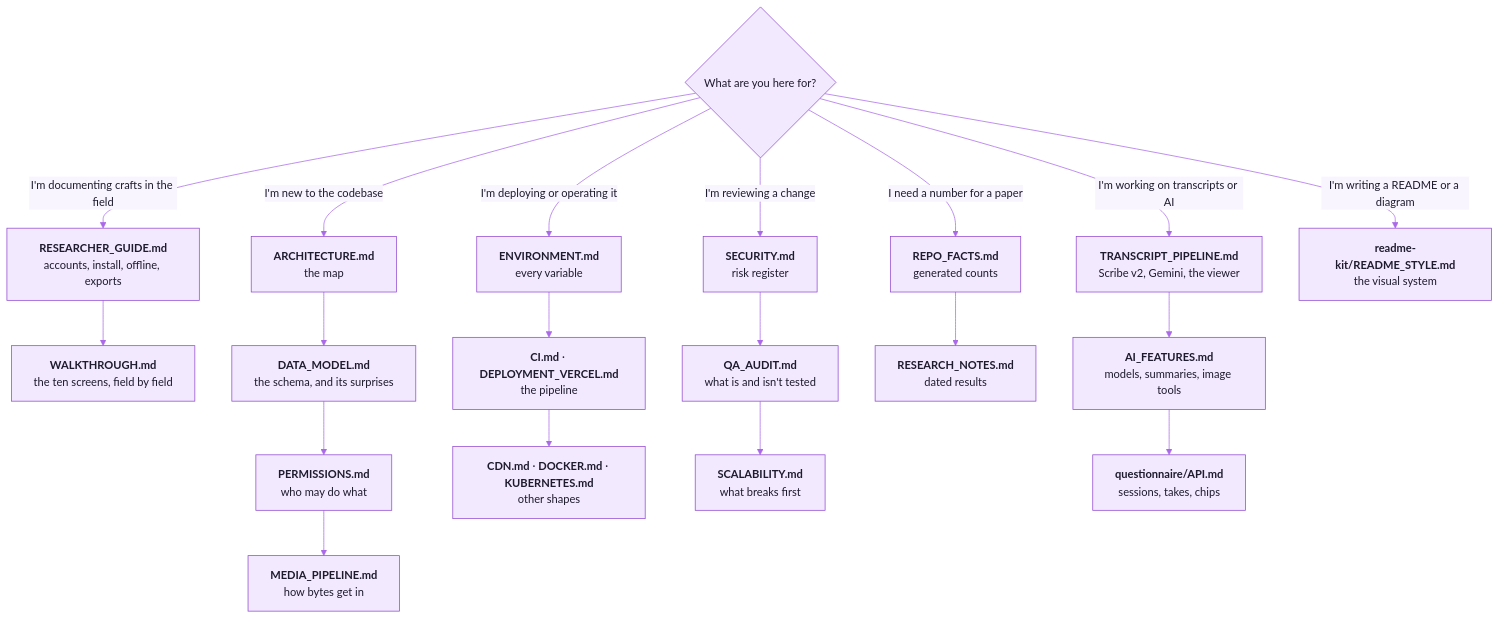
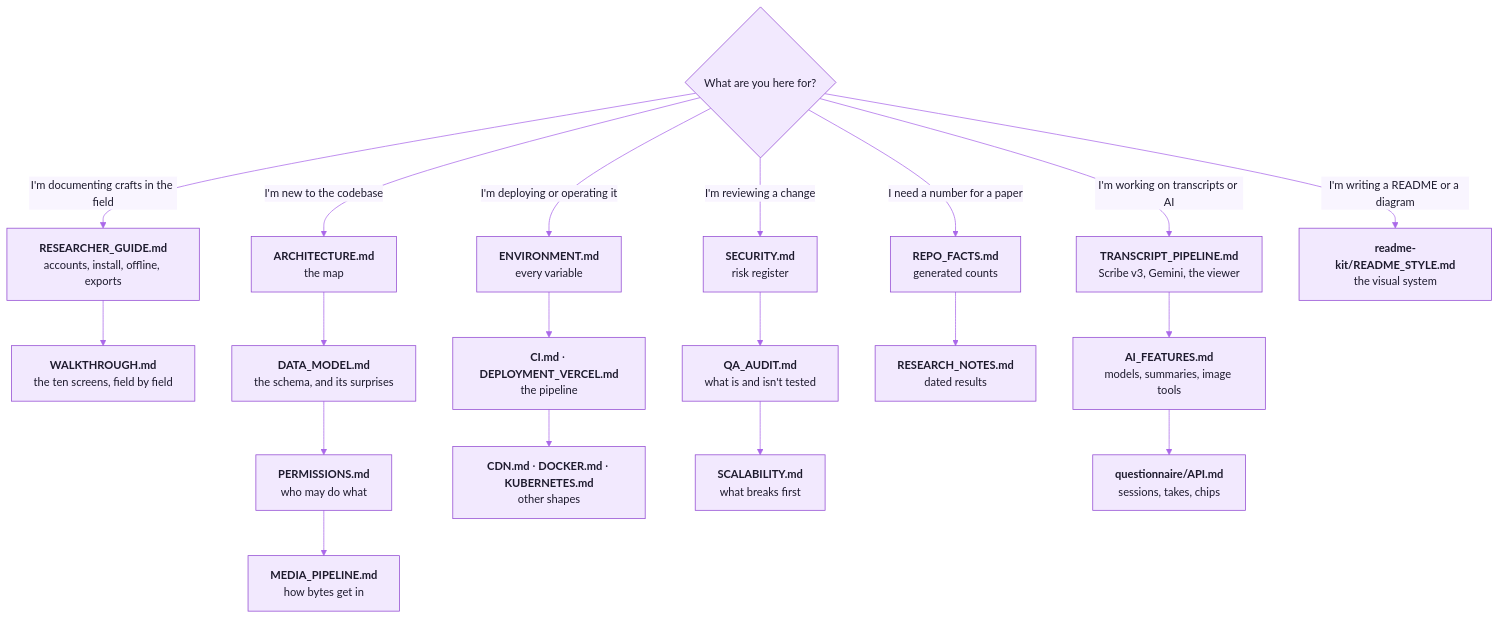
The diagram in docs/README.md (cxacraftecosystem-ui/documentation-portal), drawn with Mermaid before and after one commit. The commit also changed other lines of this file and 52 other files, not shown here.

````diff
--- a/docs/README.md
+++ b/docs/README.md
@@ -11,32 +11,32 @@
 ```mermaid
 %%{init: {"theme":"base","fontFamily":"Inter, ui-sans-serif, system-ui, -apple-system, Segoe UI, Roboto, Helvetica, Arial, sans-serif","themeVariables":{"fontSize":"15px","primaryColor":"#F2E9FE","primaryTextColor":"#1E1B2E","primaryBorderColor":"#9148D2","secondaryColor":"#FAEECD","secondaryTextColor":"#1E1B2E","secondaryBorderColor":"#CD9200","tertiaryColor":"#F3F1FA","tertiaryTextColor":"#1E1B2E","tertiaryBorderColor":"#A7A3BC","mainBkg":"#F2E9FE","nodeBorder":"#9148D2","nodeTextColor":"#1E1B2E","lineColor":"#AA69E9","textColor":"#857F9E","edgeLabelBackground":"#F9F5FF","clusterBkg":"#F9F5FF","clusterBorder":"#D6B6FB","titleColor":"#762CB1","noteBkgColor":"#FAEECD","noteTextColor":"#1E1B2E","noteBorderColor":"#CD9200","actorBkg":"#F2E9FE","actorBorder":"#9148D2","actorTextColor":"#1E1B2E","actorLineColor":"#AA69E9","signalColor":"#AA69E9","signalTextColor":"#857F9E","labelBoxBkgColor":"#F2E9FE","labelBoxBorderColor":"#9148D2","labelTextColor":"#1E1B2E","loopTextColor":"#857F9E","activationBkgColor":"#E7D5FE","activationBorderColor":"#9148D2","sequenceNumberColor":"#FFFFFF","transitionColor":"#AA69E9","transitionLabelColor":"#857F9E","stateLabelColor":"#1E1B2E","stateBkg":"#F2E9FE","compositeBackground":"#F9F5FF","compositeTitleBackground":"#F2E9FE","attributeBackgroundColorOdd":"#FFFFFF","attributeBackgroundColorEven":"#F9F5FF","relationColor":"#AA69E9","relationLabelBackground":"#F9F5FF","relationLabelColor":"#1E1B2E"}}}%%
 flowchart TD
   Q{What are you here for?}
 
   Q -->|"I'm documenting crafts in the field"| R1
   Q -->|"I'm new to the codebase"| D1
   Q -->|"I'm deploying or operating it"| O1
   Q -->|"I'm reviewing a change"| C1
   Q -->|"I need a number for a paper"| F1
   Q -->|"I'm working on transcripts or AI"| T1
   Q -->|"I'm writing a README or a diagram"| K1
 
   R1["<b>RESEARCHER_GUIDE.md</b><br/>accounts, install, offline, exports"] --> R2["<b>WALKTHROUGH.md</b><br/>the ten screens, field by field"]
 
   D1["<b>ARCHITECTURE.md</b><br/>the map"] --> D2["<b>DATA_MODEL.md</b><br/>the schema, and its surprises"]
   D2 --> D3["<b>PERMISSIONS.md</b><br/>who may do what"]
   D3 --> D4["<b>MEDIA_PIPELINE.md</b><br/>how bytes get in"]
 
   O1["<b>ENVIRONMENT.md</b><br/>every variable"] --> O2["<b>CI.md</b> · <b>DEPLOYMENT_VERCEL.md</b><br/>the pipeline"]
   O2 --> O3["<b>CDN.md</b> · <b>DOCKER.md</b> · <b>KUBERNETES.md</b><br/>other shapes"]
 
   C1["<b>SECURITY.md</b><br/>risk register"] --> C2["<b>QA_AUDIT.md</b><br/>what is and isn't tested"]
   C2 --> C3["<b>SCALABILITY.md</b><br/>what breaks first"]
 
   F1["<b>REPO_FACTS.md</b><br/>generated counts"] --> F2["<b>RESEARCH_NOTES.md</b><br/>dated results"]
 
-  T1["<b>TRANSCRIPT_PIPELINE.md</b><br/>Scribe v2, Gemini, the viewer"] --> T2["<b>AI_FEATURES.md</b><br/>models, summaries, image tools"]
+  T1["<b>TRANSCRIPT_PIPELINE.md</b><br/>Scribe v3, Gemini, the viewer"] --> T2["<b>AI_FEATURES.md</b><br/>models, summaries, image tools"]
   T2 --> T3["<b>questionnaire/API.md</b><br/>sessions, takes, chips"]
 
   K1["<b>readme-kit/README_STYLE.md</b><br/>the visual system"]
 ```
````
